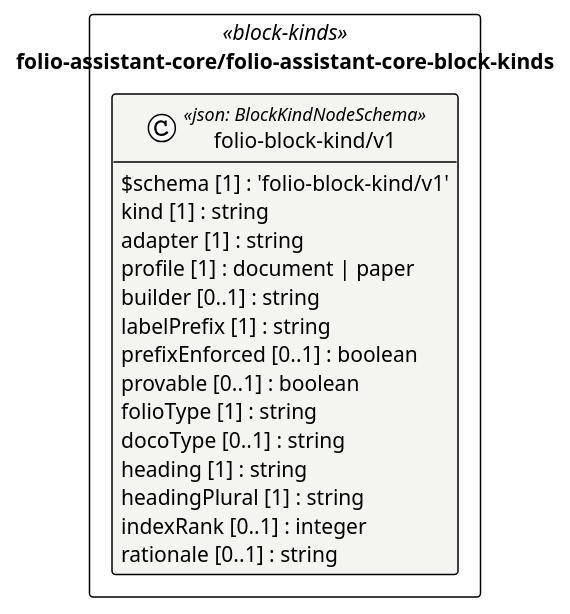
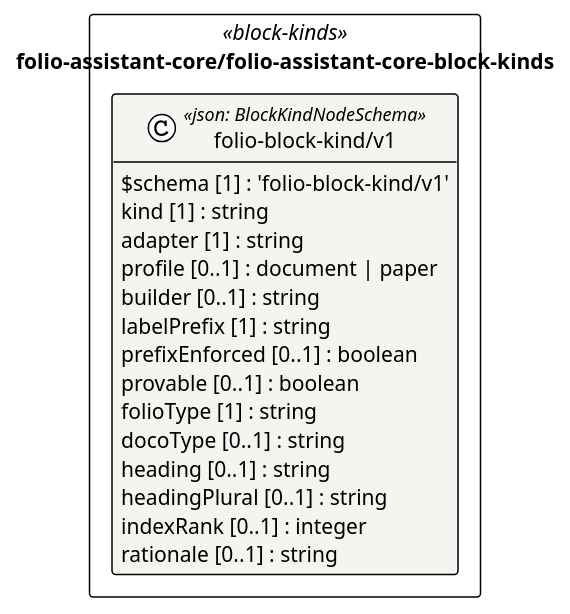
Before and after one commit to litlfred/folio-assistant: the diagram in cat-harness/uml/overview/folio-assistant-core/folio-assistant-core-block-kinds.puml, drawn with PlantUML. The commit also changed 98 other files, not shown here.

```diff
--- a/cat-harness/uml/overview/folio-assistant-core/folio-assistant-core-block-kinds.puml
+++ b/cat-harness/uml/overview/folio-assistant-core/folio-assistant-core-block-kinds.puml
@@ -3,28 +3,28 @@
 @startuml folio_assistant_core_folio_assistant_core_block_kinds
 !pragma layout elk
 !theme plain
 skinparam classAttributeIconSize 0
 skinparam shadowing false
 skinparam packageStyle rectangle
 hide empty methods
 
 package "folio-assistant-core/folio-assistant-core-block-kinds" as pkg_folio_assistant_core_folio_assistant_core_block_kinds <<block-kinds>> {
   class "folio-block-kind/v1" as folio_assistant_core_folio_assistant_core_block_kinds_folio_block_kind_v1_folio_block_kind_v1 <<json: BlockKindNodeSchema>> #f4f4f1 {
     $schema [1] : 'folio-block-kind/v1'
     kind [1] : string
     adapter [1] : string
-    profile [1] : document | paper
+    profile [0..1] : document | paper
     builder [0..1] : string
     labelPrefix [1] : string
     prefixEnforced [0..1] : boolean
     provable [0..1] : boolean
     folioType [1] : string
     docoType [0..1] : string
-    heading [1] : string
-    headingPlural [1] : string
+    heading [0..1] : string
+    headingPlural [0..1] : string
     indexRank [0..1] : integer
     rationale [0..1] : string
   }
 }
 
 @enduml
```
